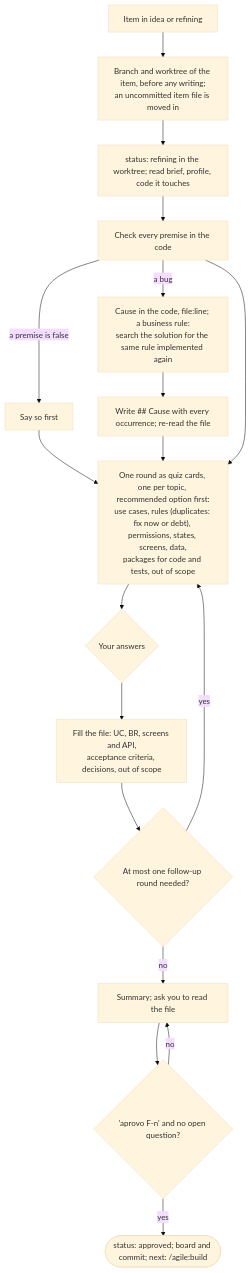
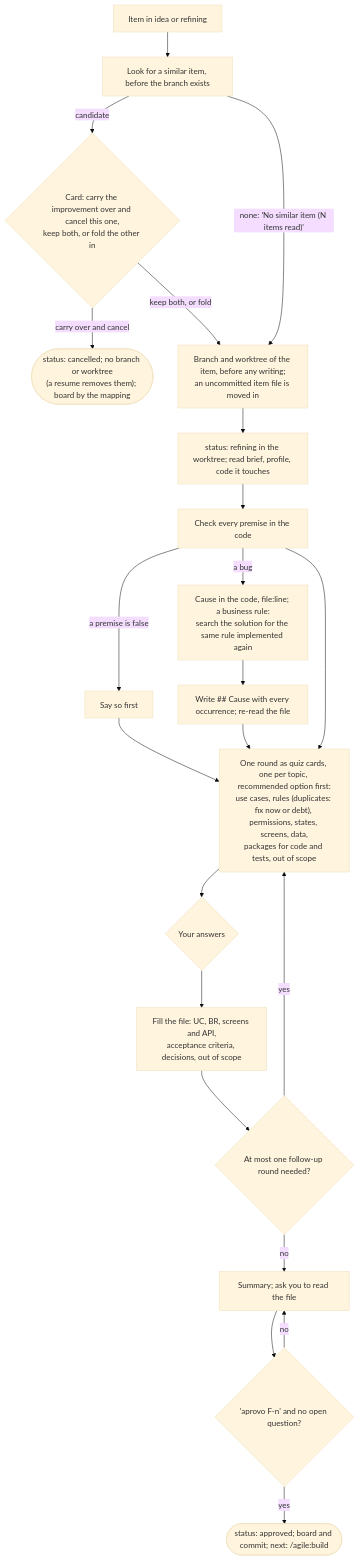
Before and after one commit to alexcanario/simulab: the seventh of 20 diagrams in docs/agile/workflow.md, drawn with Mermaid (base theme). The commit also changed other lines of this file and 11 other files, not shown here.

````diff
--- a/docs/agile/workflow.md
+++ b/docs/agile/workflow.md
@@ -2536,20 +2686,24 @@
 ```mermaid
 flowchart TD
-    A["Item in idea or refining"] --> A1["Branch and worktree of the item, before any writing;<br/>an uncommitted item file is moved in"]
+    A["Item in idea or refining"] --> A0["Look for a similar item, before the branch exists"]
+    A0 -->|candidate| A00{"Card: carry the improvement over and cancel this one,<br/>keep both, or fold the other in"}
+    A00 -->|"carry over and cancel"| A01(["status: cancelled; no branch or worktree<br/>(a resume removes them); board by the mapping"])
+    A00 -->|"keep both, or fold"| A1
+    A0 -->|"none: 'No similar item (N items read)'"| A1["Branch and worktree of the item, before any writing;<br/>an uncommitted item file is moved in"]
     A1 --> B["status: refining in the worktree; read brief, profile, code it touches"]
     B --> C["Check every premise in the code"]
     C -->|a premise is false| C1["Say so first"]
     C1 --> D
     C -->|a bug| C2["Cause in the code, file:line; a business rule:<br/>search the solution for the same rule implemented again"]
     C2 --> C3["Write ## Cause with every occurrence; re-read the file"]
     C3 --> D
     C --> D["One round as quiz cards, one per topic, recommended option first:<br/>use cases, rules (duplicates: fix now or debt), permissions, states, screens, data,<br/>packages for code and tests, out of scope"]
     D --> E{"Your answers"}
     E --> F["Fill the file: UC, BR, screens and API,<br/>acceptance criteria, decisions, out of scope"]
     F --> G{"At most one follow-up round needed?"}
     G -->|yes| D
     G -->|no| H["Summary; ask you to read the file"]
     H --> I{"'aprovo F-n' and no open question?"}
     I -->|no| H
     I -->|yes| J(["status: approved; board and commit; next: /agile:build"])
 ```
````
